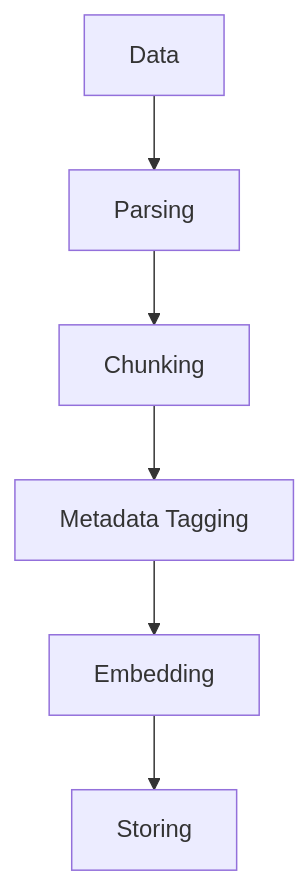
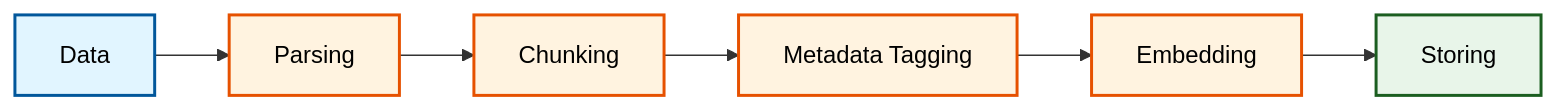
One commit to MarzukhAsjad/marzukhasjad.github.io changed the first of 2 diagrams in src/content/blog7.md. Above: the diagram before and after it, drawn with Mermaid. The commit also changed other lines of this file and 7 other files, not shown here.

````diff
--- a/src/content/blog7.md
+++ b/src/content/blog7.md
@@ -29,8 +31,12 @@
 ```mermaid
-flowchart TD
-    data["Data"] --> parsing["Parsing"]
-    parsing --> chunking["Chunking"]
-    chunking --> metadata["Metadata Tagging"]
-    metadata --> embedding["Embedding"]
-    embedding --> storing["Storing"]
+flowchart LR
+    data["Data"]:::dataStyle --> parsing["Parsing"]:::processingStyle
+    parsing --> chunking["Chunking"]:::processingStyle
+    chunking --> metadata["Metadata Tagging"]:::processingStyle
+    metadata --> embedding["Embedding"]:::processingStyle
+    embedding --> storing["Storing"]:::storageStyle
+    
+    classDef dataStyle fill:#e1f5ff,stroke:#01579b,stroke-width:2px,color:#000
+    classDef processingStyle fill:#fff3e0,stroke:#e65100,stroke-width:2px,color:#000
+    classDef storageStyle fill:#e8f5e9,stroke:#1b5e20,stroke-width:2px,color:#000
 ```
````
